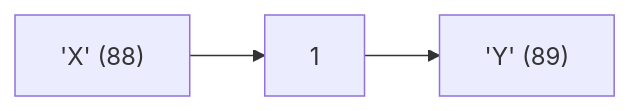
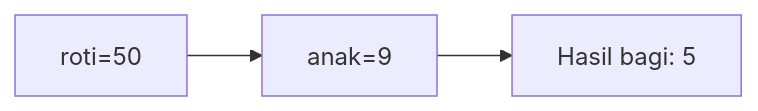
Before and after one commit to amnahwaida/OSNK_INF_PREP: the tenth of 25 diagrams in part-c-pemahaman-cpp/01-tipe-data/latihan/set-04.md, drawn with Mermaid. The commit also changed other lines of this file and 71 other files, not shown here.

````diff
--- a/part-c-pemahaman-cpp/01-tipe-data/latihan/set-04.md
+++ b/part-c-pemahaman-cpp/01-tipe-data/latihan/set-04.md
@@ -264,5 +277,5 @@
 ```mermaid
 graph LR
-A["'X' (88)"] --> B["1"]
-B --> C["'Y' (89)"]
+A["roti=50"] --> B["anak=9"]
+B --> C["Hasil bagi: 5"]
 ```
````
